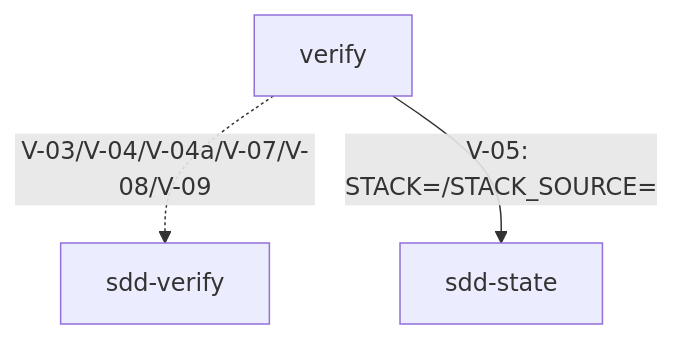
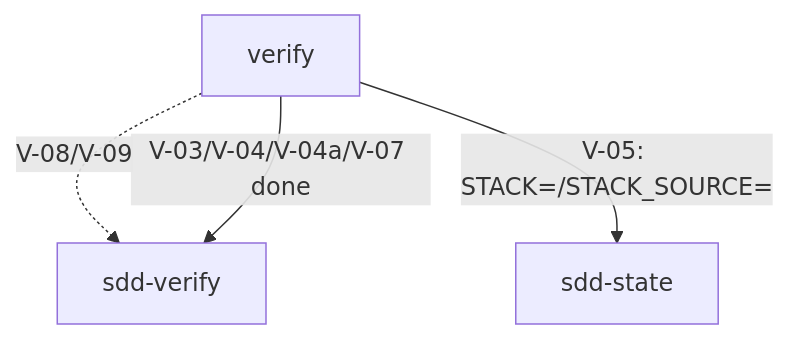
The second of 2 diagrams in specs/cli/verify/verify.spec.md (RubaXa/gennady), drawn with Mermaid before and after one commit. The commit also changed other lines of this file and 3 other files, not shown here.

````diff
--- a/specs/cli/verify/verify.spec.md
+++ b/specs/cli/verify/verify.spec.md
@@ -301,5 +307,6 @@
 ```mermaid
 graph TD
-  verify["verify"] -. "V-03/V-04/V-04a/V-07/V-08/V-09" .-> sdd-verify["sdd-verify"]
+  verify["verify"] -. "V-08/V-09" .-> sdd-verify["sdd-verify"]
+  verify -- "V-03/V-04/V-04a/V-07 done" --> sdd-verify
   verify -- "V-05: STACK=/STACK_SOURCE=" --> sdd-state["sdd-state"]
 ```
````
